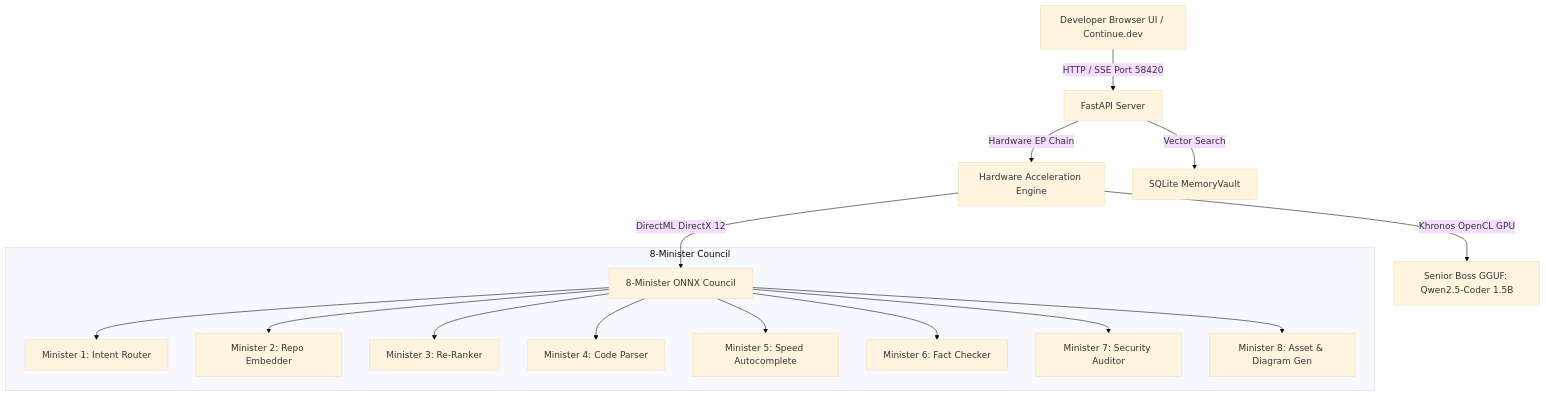
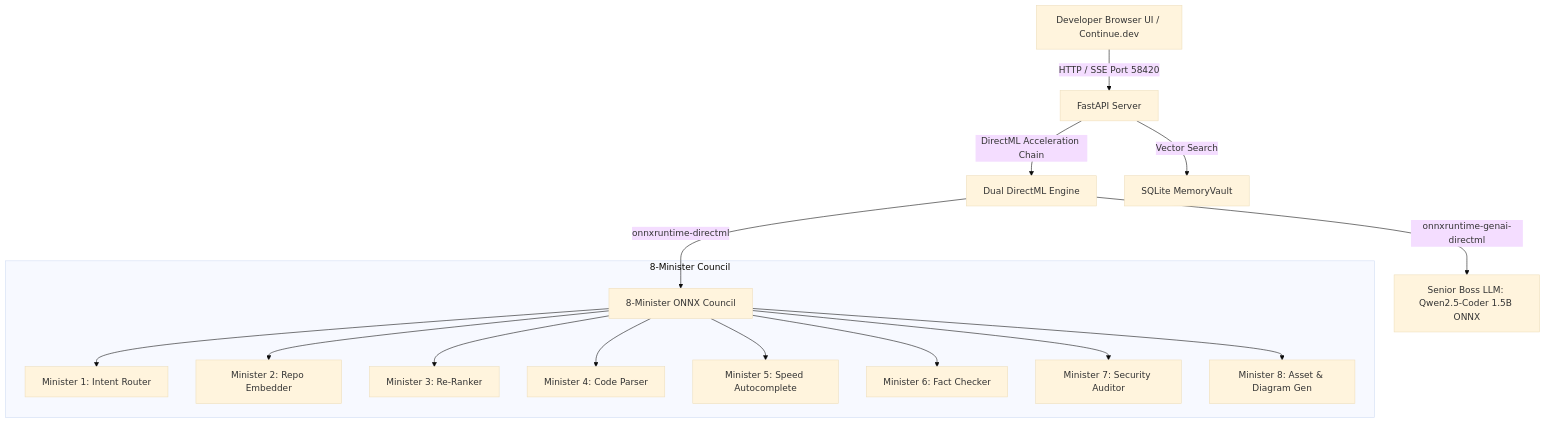
Before and after one commit to 7CGPA-Labs/KingdomAIServer: the diagram in README.md, drawn with Mermaid (base theme). The commit also changed other lines of this file and 19 other files, not shown here.

Commit message:
feat: migrate Qwen2.5-Coder to onnxruntime-genai-directml, combine downloader and upload_models, and establish pure Python server launchers

````diff
--- a/README.md
+++ b/README.md
@@ -17,19 +17,19 @@
 ```mermaid
 graph TD
     User[Developer Browser UI / Continue.dev] -->|HTTP / SSE Port 58420| Server[FastAPI Server]
-    Server -->|Hardware EP Chain| Engine[Hardware Acceleration Engine]
-    Engine -->|Khronos OpenCL GPU| Boss[Senior Boss GGUF: Qwen2.5-Coder 1.5B]
-    Engine -->|DirectML DirectX 12| Ministers[8-Minister ONNX Council]
+    Server -->|DirectML Acceleration Chain| Engine[Dual DirectML Engine]
+    Engine -->|onnxruntime-genai-directml| Boss[Senior Boss LLM: Qwen2.5-Coder 1.5B ONNX]
+    Engine -->|onnxruntime-directml| Ministers[8-Minister ONNX Council]
     Server -->|Vector Search| Vault[SQLite MemoryVault]
 
     subgraph 8-Minister Council
         Ministers --> M1[Minister 1: Intent Router]
         Ministers --> M2[Minister 2: Repo Embedder]
         Ministers --> M3[Minister 3: Re-Ranker]
         Ministers --> M4[Minister 4: Code Parser]
         Ministers --> M5[Minister 5: Speed Autocomplete]
         Ministers --> M6[Minister 6: Fact Checker]
         Ministers --> M7[Minister 7: Security Auditor]
         Ministers --> M8[Minister 8: Asset & Diagram Gen]
     end
 ```
````
